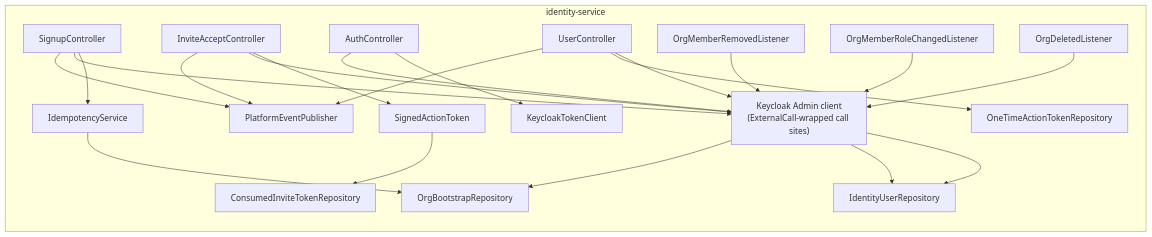
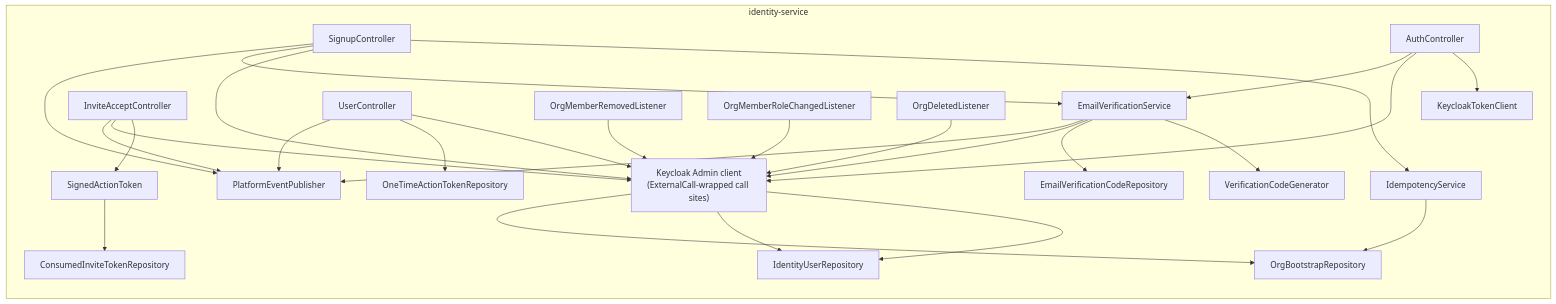
The eighth of 8 diagrams in docs/identity-service/ARCHITECTURE.md (Wamitinewton/Pallet.io), drawn with Mermaid before and after one commit. The commit also changed other lines of this file and 58 other files, not shown here.

First line of the commit message:
feat: add auth, email verification, password reset, invite acceptance and account self-service to identity-service

````diff
--- a/docs/identity-service/ARCHITECTURE.md
+++ b/docs/identity-service/ARCHITECTURE.md
@@ -572,37 +726,46 @@
 ```mermaid
 flowchart TB
     subgraph IdentitySvc["identity-service"]
         direction TB
         SC[SignupController]
         IC[InviteAcceptController]
         AC[AuthController]
         UC[UserController]
         Idem[IdempotencyService]
         Tok[SignedActionToken]
+        Ver[EmailVerificationService]
+        Gen[VerificationCodeGenerator]
         KCAdmin["Keycloak Admin client<br/>(ExternalCall-wrapped call sites)"]
         KCToken[KeycloakTokenClient]
         L1[OrgMemberRemovedListener]
         L2[OrgMemberRoleChangedListener]
         L3[OrgDeletedListener]
         Repo1[OrgBootstrapRepository]
         Repo2[IdentityUserRepository]
         Repo3[OneTimeActionTokenRepository]
         Repo4[ConsumedInviteTokenRepository]
+        Repo5[EmailVerificationCodeRepository]
         Pub[PlatformEventPublisher]
     end
 
     SC --> Idem --> Repo1
     SC --> KCAdmin --> Repo2
+    SC --> Ver
     SC --> Pub
     IC --> Tok --> Repo4
     IC --> KCAdmin
     IC --> Pub
     AC --> KCToken
     AC --> KCAdmin
+    AC --> Ver
+    Ver --> Gen
+    Ver --> Repo5
+    Ver --> KCAdmin
+    Ver --> Pub
     UC --> KCAdmin
     UC --> Repo3
     UC --> Pub
     L1 --> KCAdmin --> Repo2
     L2 --> KCAdmin
     L3 --> KCAdmin --> Repo1
 ```
````
